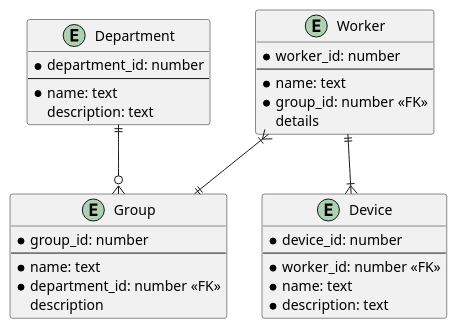
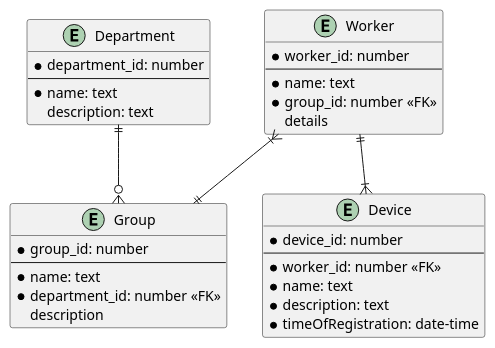
One commit to feczkob/CompanyDeviceRegister changed the diagram in README.md. Above: the diagram before and after it, drawn with PlantUML. The commit also changed other lines of this file and 6 other files, not shown here.

````diff
--- a/README.md
+++ b/README.md
@@ -9,39 +12,40 @@
 ```plantuml
 @startuml
 entity Department {
 * department_id: number
 --
 * name: text
 description: text
 }
 
 entity Group {
 * group_id: number
 --
 * name: text
 * department_id: number <<FK>>
 description
 }
 
 entity Worker {
 * worker_id: number
 --
 * name: text
 * group_id: number <<FK>>
 details
 }
 
 entity Device {
 * device_id: number
 --
 * worker_id: number <<FK>>
 * name: text
 * description: text
+* timeOfRegistration: date-time
 }
 
 
 Department ||--o{ Group
 Worker ||--|{ Device
 Worker }|--|| Group
 @enduml
 ```
````
